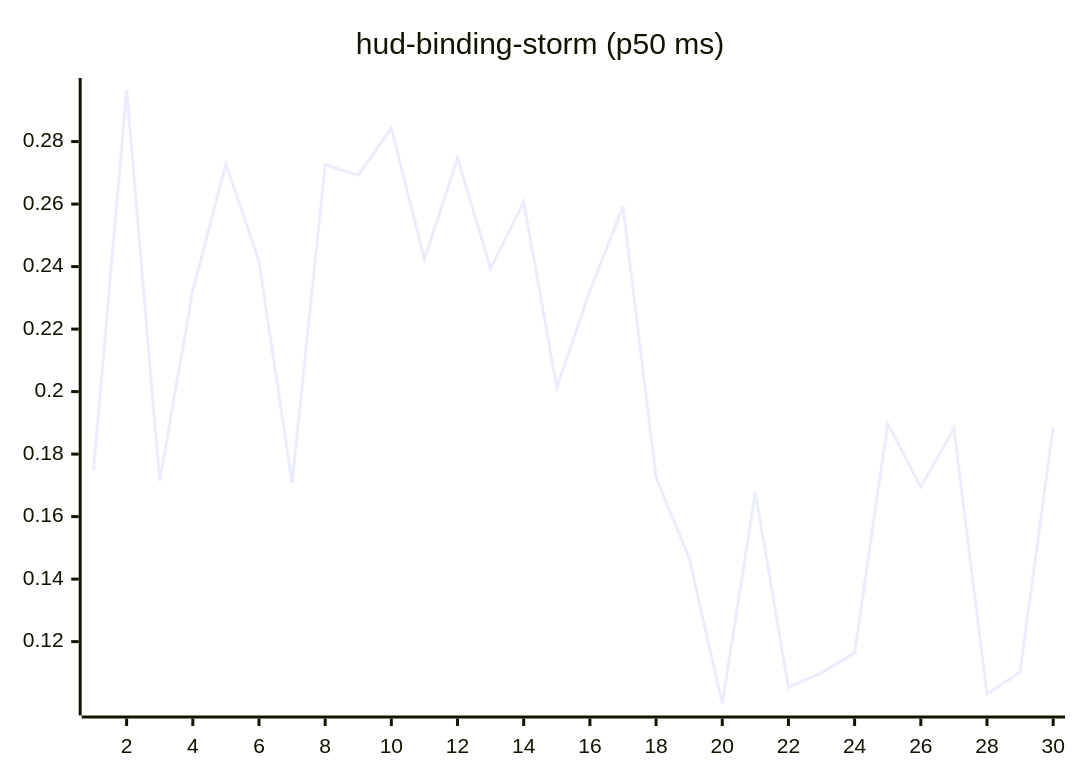
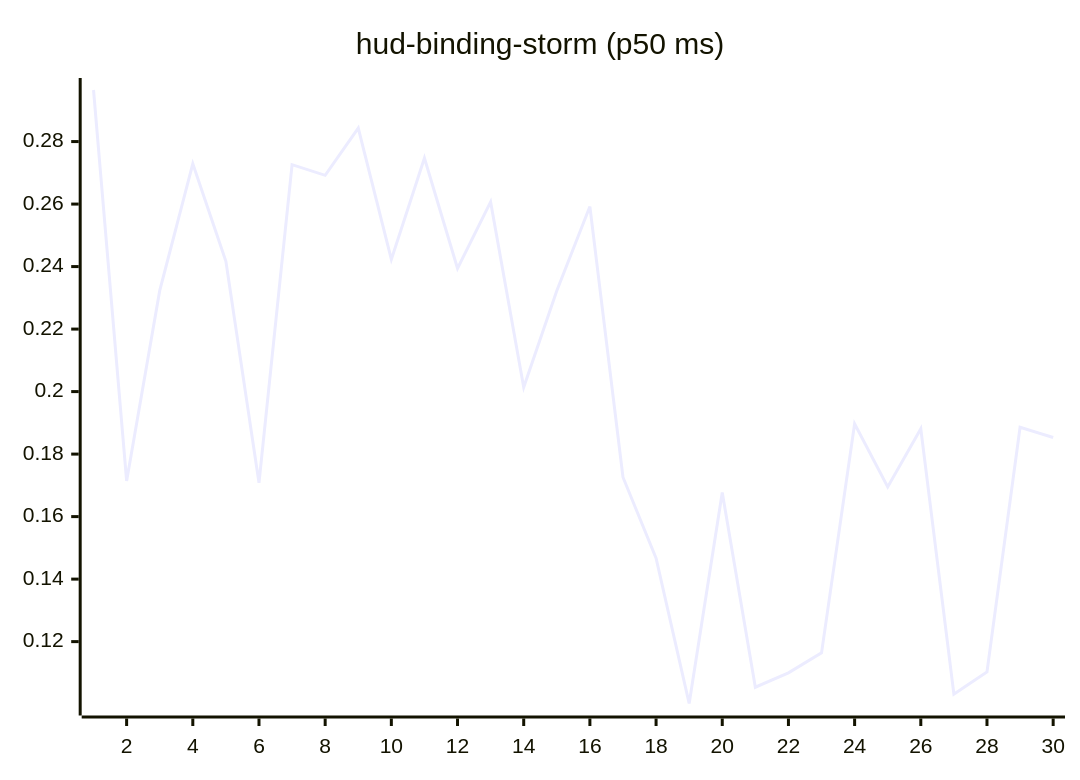
One commit to josha/Facet changed the tenth of 27 diagrams in README.md. Above: the diagram before and after it, drawn with Mermaid. The commit also changed other lines of this file and 2 other files, not shown here.

````diff
--- a/README.md
+++ b/README.md
@@ -126,6 +126,6 @@
 ```mermaid
 xychart-beta
     title "hud-binding-storm (p50 ms)"
     x-axis 1 --> 30
-    line [0.1749, 0.2965, 0.1714, 0.2323, 0.2729, 0.2417, 0.1708, 0.2726, 0.2692, 0.2843, 0.2423, 0.2747, 0.2394, 0.2607, 0.2014, 0.2323, 0.2592, 0.1726, 0.1467, 0.1002, 0.1677, 0.1054, 0.1100, 0.1164, 0.1897, 0.1695, 0.1881, 0.1032, 0.1103, 0.1886]
+    line [0.2965, 0.1714, 0.2323, 0.2729, 0.2417, 0.1708, 0.2726, 0.2692, 0.2843, 0.2423, 0.2747, 0.2394, 0.2607, 0.2014, 0.2323, 0.2592, 0.1726, 0.1467, 0.1002, 0.1677, 0.1054, 0.1100, 0.1164, 0.1897, 0.1695, 0.1881, 0.1032, 0.1103, 0.1886, 0.1853]
 ```
````
